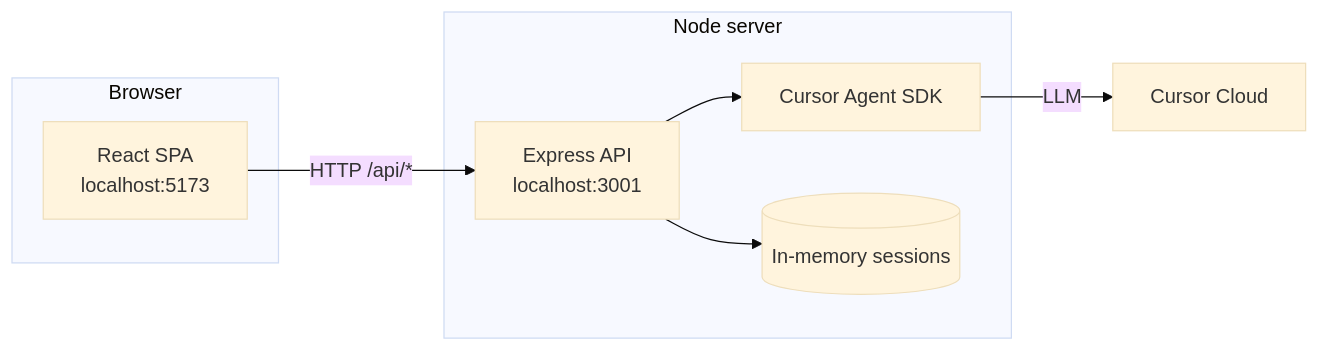
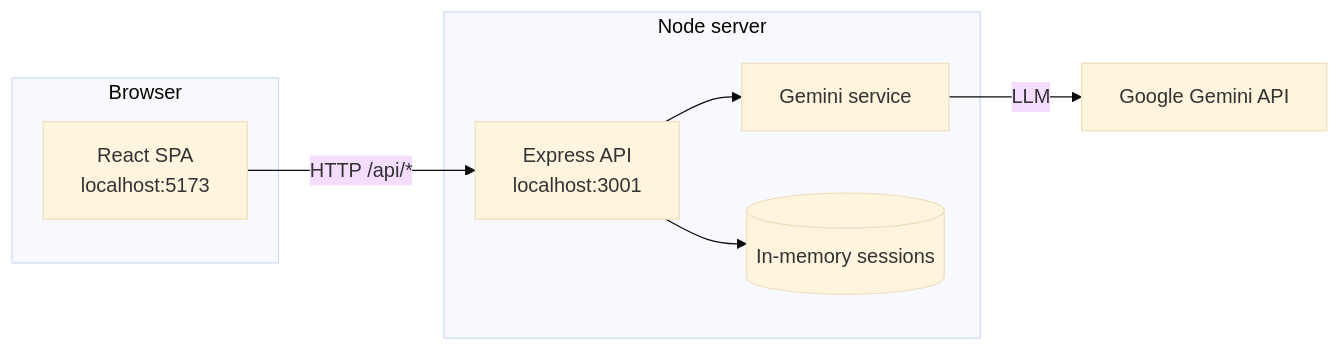
The first of 4 diagrams in SYSTEM.md (yohannesdawit21/OpportunityAgent), drawn with Mermaid (base theme) before and after one commit. The commit also changed other lines of this file and 24 other files, not shown here.

First line of the commit message:
refactor: migrate from Cursor SDK to Gemini AI for profile analysis and cover letter generation

````diff
--- a/SYSTEM.md
+++ b/SYSTEM.md
@@ -11,15 +11,15 @@
 ```mermaid
 flowchart LR
   subgraph browser [Browser]
     UI[React SPA\nlocalhost:5173]
   end
   subgraph server [Node server]
     API[Express API\nlocalhost:3001]
-    Agent[Cursor Agent SDK]
+    Agent[Gemini service]
     Store[(In-memory sessions)]
   end
   UI -->|HTTP /api/*| API
   API --> Agent
   API --> Store
-  Agent -->|LLM| Cursor[Cursor Cloud]
+  Agent -->|LLM| Gemini[Google Gemini API]
 ```
````
